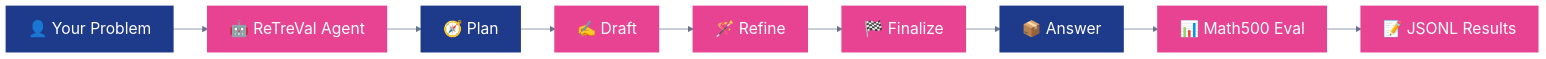
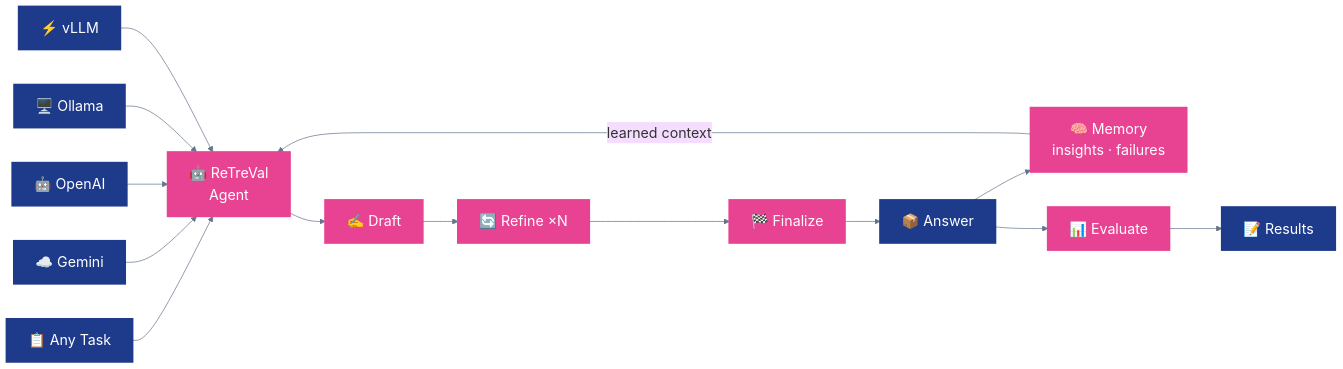
One commit to qpiai/retreval changed the diagram in README.md. Above: the diagram before and after it, drawn with Mermaid. The commit also changed other lines of this file, not shown here.

First line of the commit message:
Reframe README as general reasoning framework with memory

````diff
--- a/README.md
+++ b/README.md
@@ -27,18 +84,27 @@
 ```mermaid
-%%{init: {'theme':'base', 'themeVariables': {'fontSize':'22px','fontFamily':'Inter, Helvetica, Arial, sans-serif','lineColor':'#64748b'}}}%%
+%%{init: {'theme':'base', 'themeVariables': {'fontSize':'20px','fontFamily':'Inter, Helvetica, Arial, sans-serif','lineColor':'#64748b'}}}%%
 graph LR
-    A["👤 Your Problem"] --> B["🤖 ReTreVal Agent"]
-    B --> C["🧭 Plan"]
-    C --> D["✍️ Draft"]
-    D --> E["🪄 Refine"]
-    E --> F["🏁 Finalize"]
-    F --> G["📦 Answer"]
-    G --> H["📊 Math500 Eval"]
-    H --> I["📝 JSONL Results"]
+    T["📋 Any Task"] --> AG["🤖 ReTreVal\nAgent"]
 
-    classDef pink fill:#E84393,stroke:#E84393,color:#ffffff,stroke-width:3px,font-size:22px
-    classDef blue fill:#1e3a8a,stroke:#1e3a8a,color:#ffffff,stroke-width:3px,font-size:22px
+    MEM["🧠 Memory\ninsights · failures"] -->|learned context| AG
 
-    class B,D,E,F,H,I pink
-    class A,C,G blue
+    GEM["☁️ Gemini"] --> AG
+    OAI["🤖 OpenAI"] --> AG
+    OLL["🖥️ Ollama"] --> AG
+    VLL["⚡ vLLM"] --> AG
+
+    AG --> D["✍️ Draft"]
+    D --> R["🔄 Refine ×N"]
+    R --> F["🏁 Finalize"]
+    F --> A["📦 Answer"]
+
+    A --> MEM
+    A --> E["📊 Evaluate"]
+    E --> S["📝 Results"]
+
+    classDef pink fill:#E84393,stroke:#E84393,color:#ffffff,stroke-width:3px,font-size:20px
+    classDef blue fill:#1e3a8a,stroke:#1e3a8a,color:#ffffff,stroke-width:3px,font-size:20px
+
+    class AG,D,R,F,MEM,E pink
+    class T,A,S,GEM,OAI,OLL,VLL blue
 ```
````
